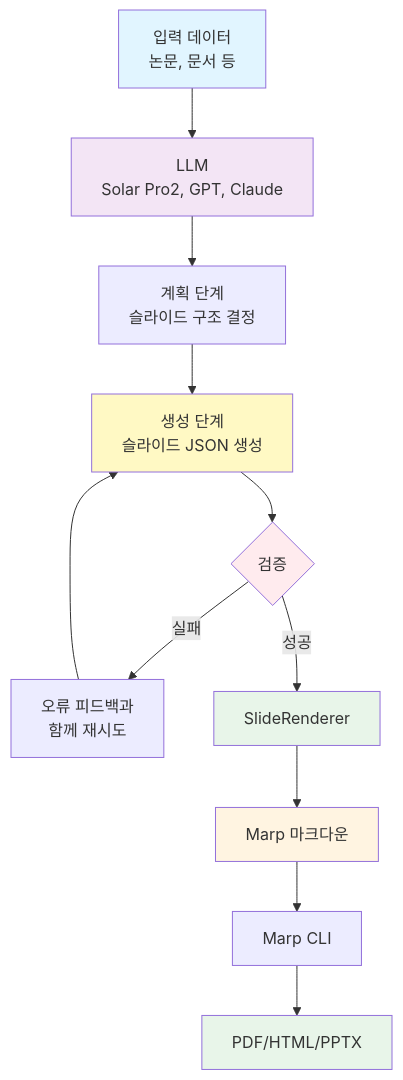
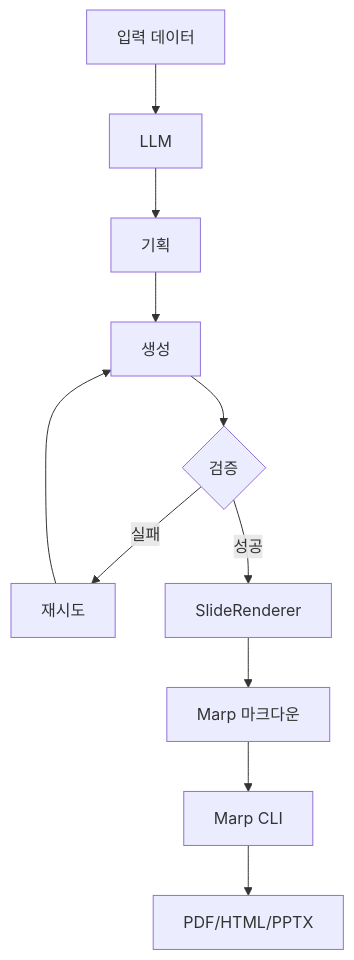
Before and after one commit to DShomin/slide-renderer: the second of 2 diagrams in README.ko.md, drawn with Mermaid. The commit also changed other lines of this file and 1 other file, not shown here.

````diff
--- a/README.ko.md
+++ b/README.ko.md
@@ -183,21 +106,13 @@
 ```mermaid
 graph TB
-    A[입력 데이터<br/>논문, 문서 등] --> B[LLM<br/>Solar Pro2, GPT, Claude]
-    B --> C[계획 단계<br/>슬라이드 구조 결정]
-    C --> D[생성 단계<br/>슬라이드 JSON 생성]
+    A[입력 데이터] --> B[LLM]
+    B --> C[기획]
+    C --> D[생성]
     D --> E{검증}
-    E -->|실패| F[오류 피드백과<br/>함께 재시도]
+    E -->|실패| F[재시도]
     F --> D
     E -->|성공| G[SlideRenderer]
     G --> H[Marp 마크다운]
     H --> I[Marp CLI]
     I --> J[PDF/HTML/PPTX]
-
-    style A fill:#e1f5ff
-    style B fill:#f3e5f5
-    style D fill:#fff9c4
-    style E fill:#ffebee
-    style G fill:#e8f5e9
-    style H fill:#fff4e1
-    style J fill:#e8f5e9
 ```
````
